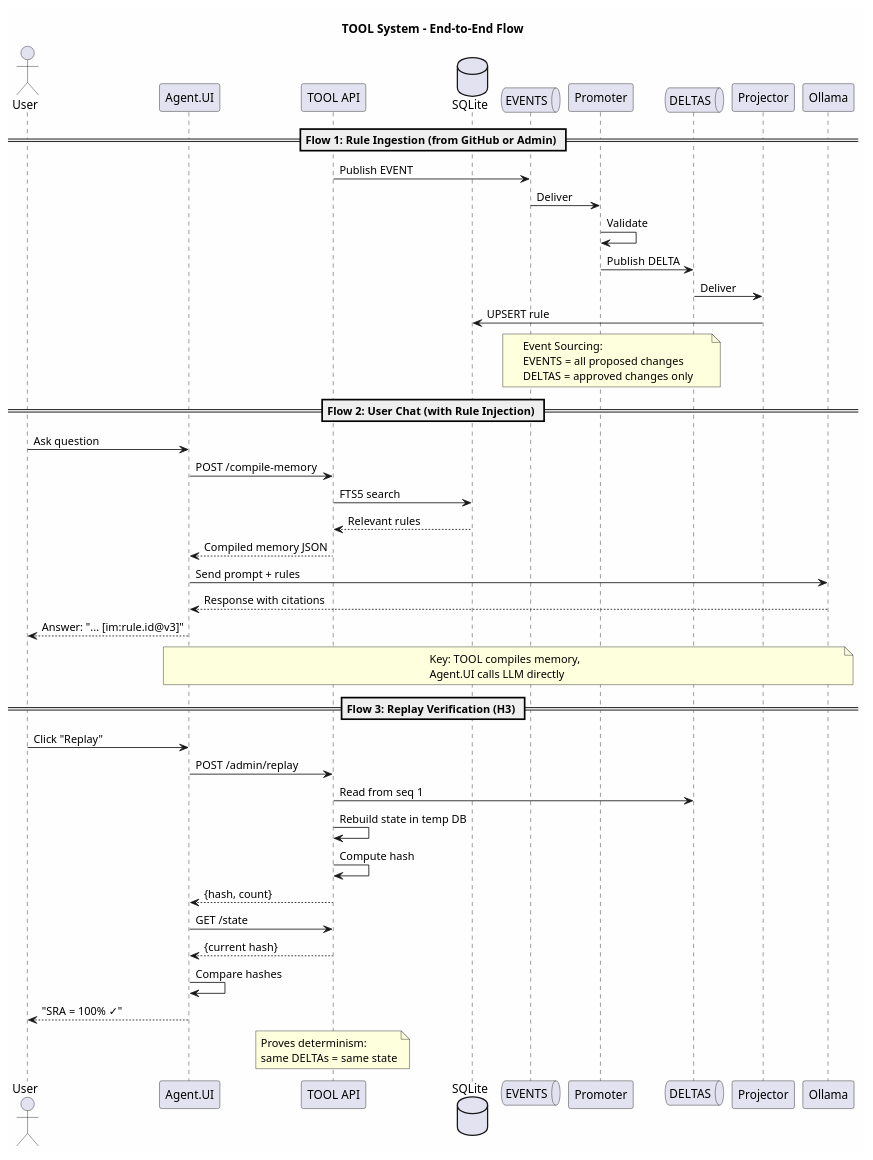
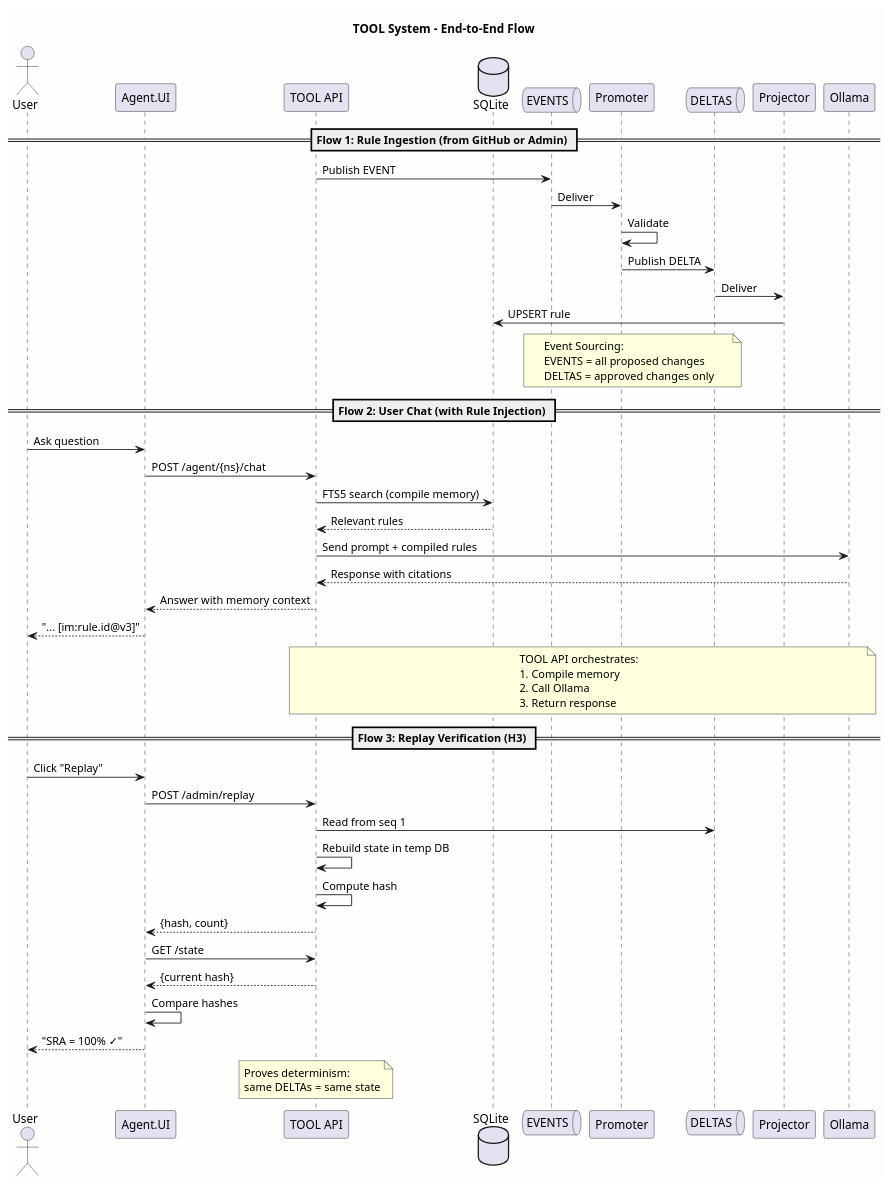
The diagram in diagrams/system_flow.puml (ravvnen/TOOL), drawn with PlantUML before and after one commit. The commit also changed 3 other files, not shown here.

First line of the commit message:
Fix diagrams: TOOL API calls Ollama, not frontend directly

```diff
--- a/diagrams/system_flow.puml
+++ b/diagrams/system_flow.puml
@@ -1,69 +1,71 @@
 @startuml System_Flow
 title TOOL System - End-to-End Flow
 
 skinparam backgroundColor #FEFEFE
 
 actor "User" as USER
 participant "Agent.UI" as UI
 participant "TOOL API" as API
 database "SQLite" as DB
 queue "EVENTS" as EVENTS
 participant "Promoter" as PROM
 queue "DELTAS" as DELTAS
 participant "Projector" as PROJ
 participant "Ollama" as LLM
 
 == Flow 1: Rule Ingestion (from GitHub or Admin) ==
 
 API -> EVENTS : Publish EVENT
 EVENTS -> PROM : Deliver
 PROM -> PROM : Validate
 PROM -> DELTAS : Publish DELTA
 DELTAS -> PROJ : Deliver
 PROJ -> DB : UPSERT rule
 
 note over EVENTS, DELTAS
   Event Sourcing:
   EVENTS = all proposed changes
   DELTAS = approved changes only
 end note
 
 == Flow 2: User Chat (with Rule Injection) ==
 
 USER -> UI : Ask question
-UI -> API : POST /compile-memory
-API -> DB : FTS5 search
+UI -> API : POST /agent/{ns}/chat
+API -> DB : FTS5 search (compile memory)
 DB --> API : Relevant rules
-API --> UI : Compiled memory JSON
 
-UI -> LLM : Send prompt + rules
-LLM --> UI : Response with citations
+API -> LLM : Send prompt + compiled rules
+LLM --> API : Response with citations
 
-UI --> USER : Answer: "... [im:rule.id@v3]"
+API --> UI : Answer with memory context
+UI --> USER : "... [im:rule.id@v3]"
 
-note over UI, LLM
-  Key: TOOL compiles memory,
-  Agent.UI calls LLM directly
+note over API, LLM
+  TOOL API orchestrates:
+  1. Compile memory
+  2. Call Ollama
+  3. Return response
 end note
 
 == Flow 3: Replay Verification (H3) ==
 
 USER -> UI : Click "Replay"
 UI -> API : POST /admin/replay
 API -> DELTAS : Read from seq 1
 API -> API : Rebuild state in temp DB
 API -> API : Compute hash
 API --> UI : {hash, count}
 
 UI -> API : GET /state
 API --> UI : {current hash}
 
 UI -> UI : Compare hashes
 UI --> USER : "SRA = 100% ✓"
 
 note over API
   Proves determinism:
   same DELTAs = same state
 end note
 
 @enduml
```
